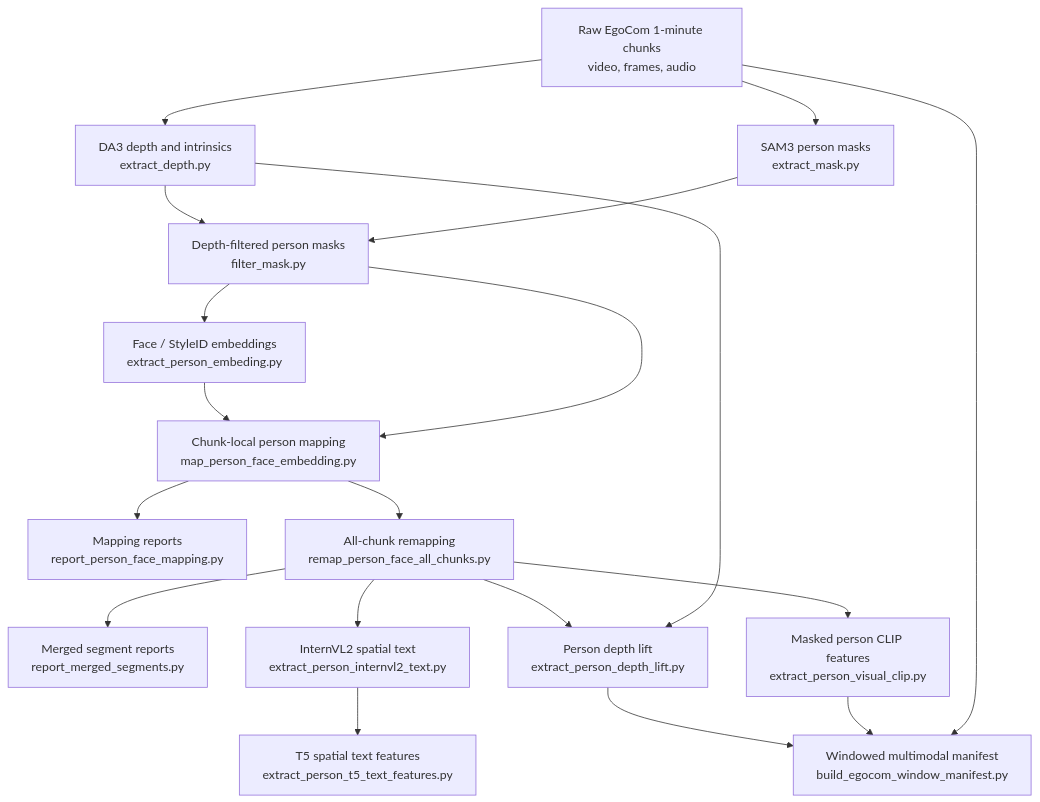
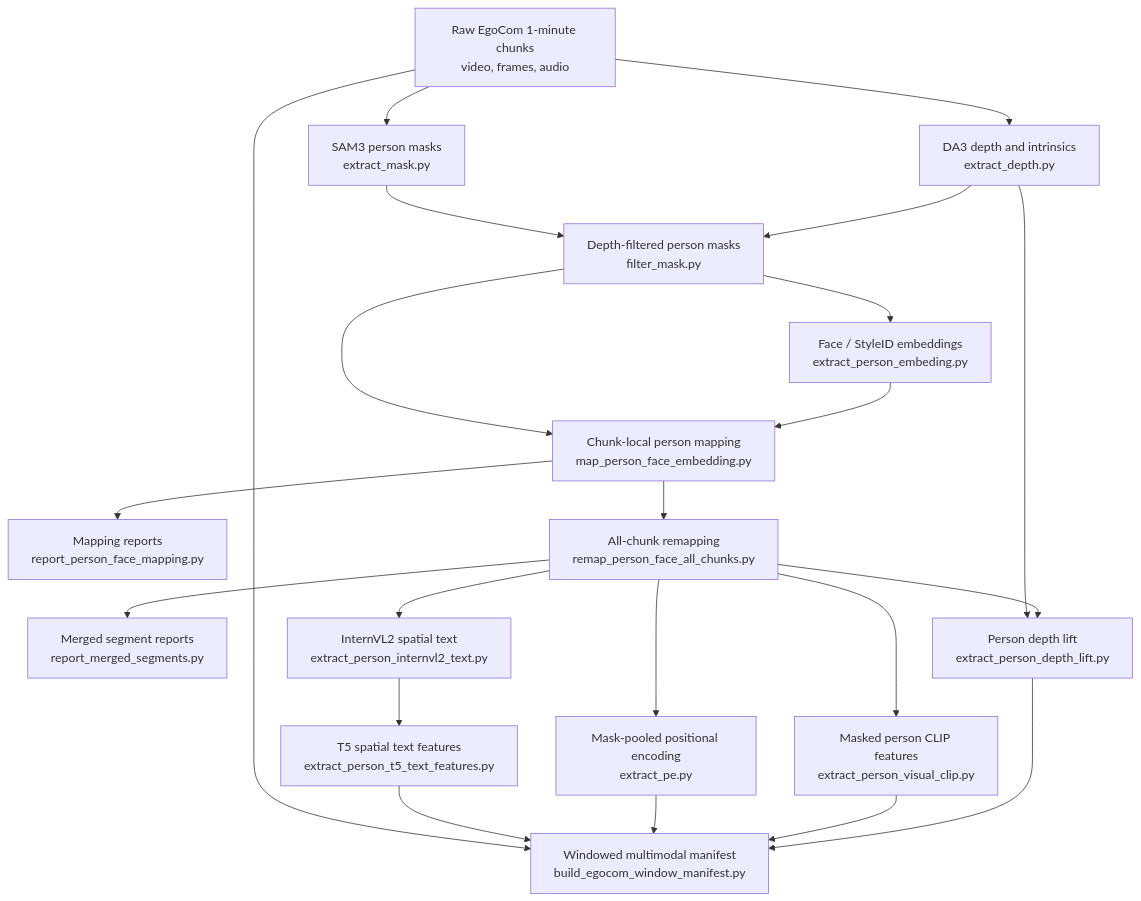
Before and after one commit to beautifulchoi/egocom-preprocess: the diagram in README.md, drawn with Mermaid. The commit also changed other lines of this file and 8 other files, not shown here.

First line of the commit message:
Add HTML documentation for EgoCom Mask-Pooled CLIP and DA3 features

````diff
--- a/README.md
+++ b/README.md
@@ -7,36 +7,40 @@
 ```mermaid
 flowchart TD
     raw[Raw EgoCom 1-minute chunks<br/>video, frames, audio]
     depth[DA3 depth and intrinsics<br/>extract_depth.py]
     mask[SAM3 person masks<br/>extract_mask.py]
     refine[Depth-filtered person masks<br/>filter_mask.py]
     face[Face / StyleID embeddings<br/>extract_person_embeding.py]
     map[Chunk-local person mapping<br/>map_person_face_embedding.py]
     report[Mapping reports<br/>report_person_face_mapping.py]
     remap[All-chunk remapping<br/>remap_person_face_all_chunks.py]
     merged_report[Merged segment reports<br/>report_merged_segments.py]
     lift[Person depth lift<br/>extract_person_depth_lift.py]
     clip[Masked person CLIP features<br/>extract_person_visual_clip.py]
+    pe[Mask-pooled positional encoding<br/>extract_pe.py]
     text[InternVL2 spatial text<br/>extract_person_internvl2_text.py]
     t5[T5 spatial text features<br/>extract_person_t5_text_features.py]
     manifest[Windowed multimodal manifest<br/>build_egocom_window_manifest.py]
 
     raw --> depth
     raw --> mask
     depth --> refine
     mask --> refine
     refine --> face
     face --> map
     refine --> map
     map --> report
     map --> remap
     remap --> merged_report
     remap --> lift
     remap --> clip
+    remap --> pe
     remap --> text
     depth --> lift
     text --> t5
     lift --> manifest
     clip --> manifest
+    pe --> manifest
+    t5 --> manifest
     raw --> manifest
 ```
````
